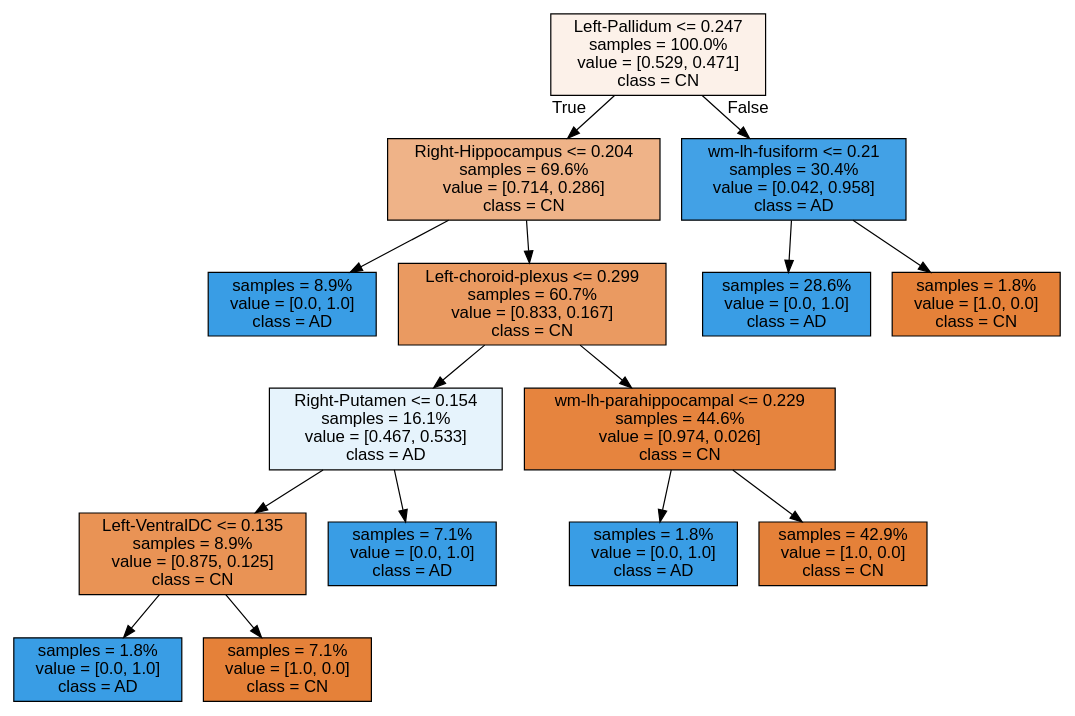
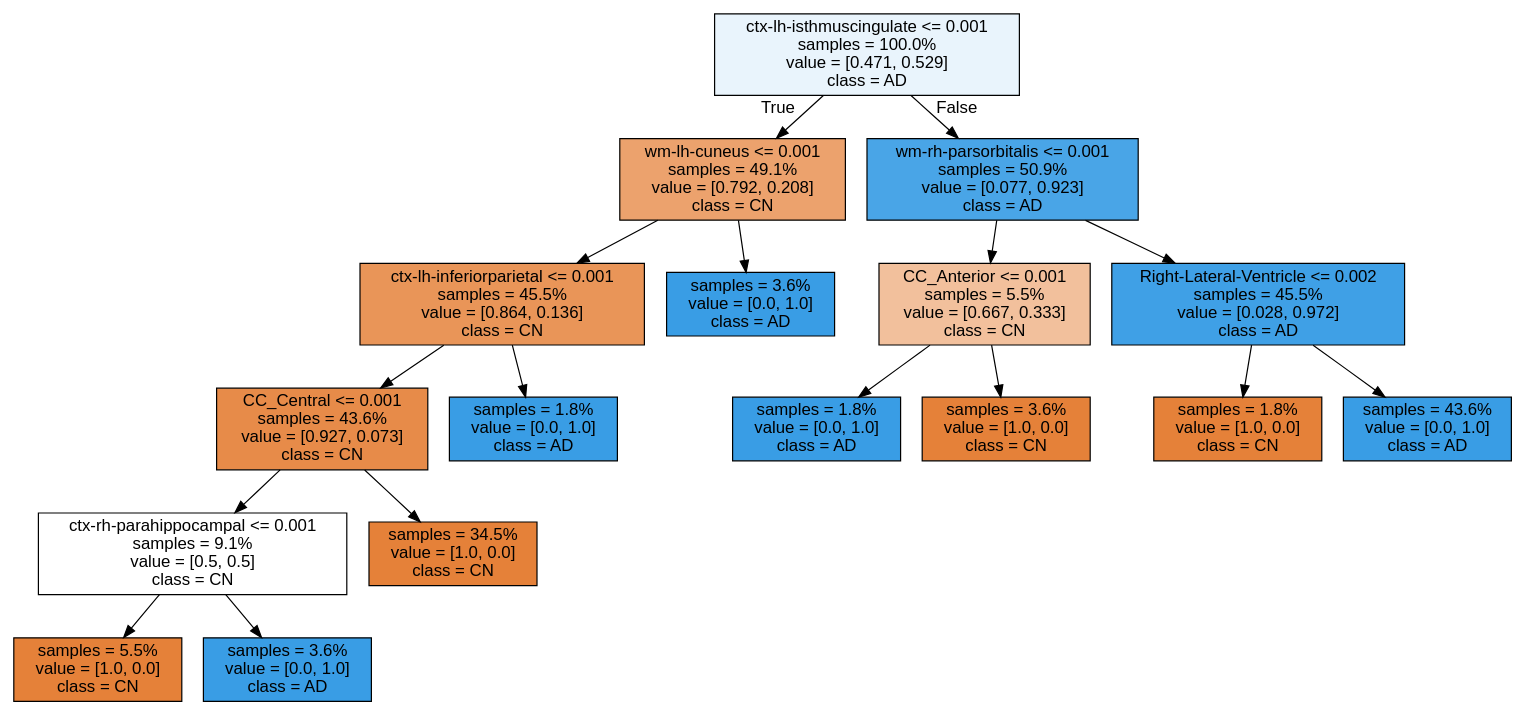
One commit to francescouni0/CompProject changed the diagram in Source.gv. Above: the diagram before and after it, drawn with Graphviz. The commit also changed 3 other files, not shown here.

```diff
--- a/Source.gv
+++ b/Source.gv
@@ -1,33 +1,37 @@
 digraph Tree {
 node [shape=box, style="filled", color="black", fontname="helvetica"] ;
 edge [fontname="helvetica"] ;
-0 [label="Left-Pallidum <= 0.247\nsamples = 100.0%\nvalue = [0.529, 0.471]\nclass = CN", fillcolor="#fcf1e9"] ;
-1 [label="Right-Hippocampus <= 0.204\nsamples = 69.6%\nvalue = [0.714, 0.286]\nclass = CN", fillcolor="#efb388"] ;
+0 [label="ctx-lh-isthmuscingulate <= 0.001\nsamples = 100.0%\nvalue = [0.471, 0.529]\nclass = AD", fillcolor="#e9f4fc"] ;
+1 [label="wm-lh-cuneus <= 0.001\nsamples = 49.1%\nvalue = [0.792, 0.208]\nclass = CN", fillcolor="#eca26d"] ;
 0 -> 1 [labeldistance=2.5, labelangle=45, headlabel="True"] ;
-2 [label="samples = 8.9%\nvalue = [0.0, 1.0]\nclass = AD", fillcolor="#399de5"] ;
+2 [label="ctx-lh-inferiorparietal <= 0.001\nsamples = 45.5%\nvalue = [0.864, 0.136]\nclass = CN", fillcolor="#e99558"] ;
 1 -> 2 ;
-3 [label="Left-choroid-plexus <= 0.299\nsamples = 60.7%\nvalue = [0.833, 0.167]\nclass = CN", fillcolor="#ea9a61"] ;
-1 -> 3 ;
-4 [label="Right-Putamen <= 0.154\nsamples = 16.1%\nvalue = [0.467, 0.533]\nclass = AD", fillcolor="#e6f3fc"] ;
+3 [label="CC_Central <= 0.001\nsamples = 43.6%\nvalue = [0.927, 0.073]\nclass = CN", fillcolor="#e78b49"] ;
+2 -> 3 ;
+4 [label="ctx-rh-parahippocampal <= 0.001\nsamples = 9.1%\nvalue = [0.5, 0.5]\nclass = CN", fillcolor="#ffffff"] ;
 3 -> 4 ;
-5 [label="Left-VentralDC <= 0.135\nsamples = 8.9%\nvalue = [0.875, 0.125]\nclass = CN", fillcolor="#e99355"] ;
+5 [label="samples = 5.5%\nvalue = [1.0, 0.0]\nclass = CN", fillcolor="#e58139"] ;
 4 -> 5 ;
-6 [label="samples = 1.8%\nvalue = [0.0, 1.0]\nclass = AD", fillcolor="#399de5"] ;
-5 -> 6 ;
-7 [label="samples = 7.1%\nvalue = [1.0, 0.0]\nclass = CN", fillcolor="#e58139"] ;
-5 -> 7 ;
-8 [label="samples = 7.1%\nvalue = [0.0, 1.0]\nclass = AD", fillcolor="#399de5"] ;
-4 -> 8 ;
-9 [label="wm-lh-parahippocampal <= 0.229\nsamples = 44.6%\nvalue = [0.974, 0.026]\nclass = CN", fillcolor="#e6843e"] ;
-3 -> 9 ;
-10 [label="samples = 1.8%\nvalue = [0.0, 1.0]\nclass = AD", fillcolor="#399de5"] ;
-9 -> 10 ;
-11 [label="samples = 42.9%\nvalue = [1.0, 0.0]\nclass = CN", fillcolor="#e58139"] ;
-9 -> 11 ;
-12 [label="wm-lh-fusiform <= 0.21\nsamples = 30.4%\nvalue = [0.042, 0.958]\nclass = AD", fillcolor="#42a1e6"] ;
-0 -> 12 [labeldistance=2.5, labelangle=-45, headlabel="False"] ;
-13 [label="samples = 28.6%\nvalue = [0.0, 1.0]\nclass = AD", fillcolor="#399de5"] ;
-12 -> 13 ;
-14 [label="samples = 1.8%\nvalue = [1.0, 0.0]\nclass = CN", fillcolor="#e58139"] ;
-12 -> 14 ;
+6 [label="samples = 3.6%\nvalue = [0.0, 1.0]\nclass = AD", fillcolor="#399de5"] ;
+4 -> 6 ;
+7 [label="samples = 34.5%\nvalue = [1.0, 0.0]\nclass = CN", fillcolor="#e58139"] ;
+3 -> 7 ;
+8 [label="samples = 1.8%\nvalue = [0.0, 1.0]\nclass = AD", fillcolor="#399de5"] ;
+2 -> 8 ;
+9 [label="samples = 3.6%\nvalue = [0.0, 1.0]\nclass = AD", fillcolor="#399de5"] ;
+1 -> 9 ;
+10 [label="wm-rh-parsorbitalis <= 0.001\nsamples = 50.9%\nvalue = [0.077, 0.923]\nclass = AD", fillcolor="#49a5e7"] ;
+0 -> 10 [labeldistance=2.5, labelangle=-45, headlabel="False"] ;
+11 [label="CC_Anterior <= 0.001\nsamples = 5.5%\nvalue = [0.667, 0.333]\nclass = CN", fillcolor="#f2c09c"] ;
+10 -> 11 ;
+12 [label="samples = 1.8%\nvalue = [0.0, 1.0]\nclass = AD", fillcolor="#399de5"] ;
+11 -> 12 ;
+13 [label="samples = 3.6%\nvalue = [1.0, 0.0]\nclass = CN", fillcolor="#e58139"] ;
+11 -> 13 ;
+14 [label="Right-Lateral-Ventricle <= 0.002\nsamples = 45.5%\nvalue = [0.028, 0.972]\nclass = AD", fillcolor="#3fa0e6"] ;
+10 -> 14 ;
+15 [label="samples = 1.8%\nvalue = [1.0, 0.0]\nclass = CN", fillcolor="#e58139"] ;
+14 -> 15 ;
+16 [label="samples = 43.6%\nvalue = [0.0, 1.0]\nclass = AD", fillcolor="#399de5"] ;
+14 -> 16 ;
 }
```
